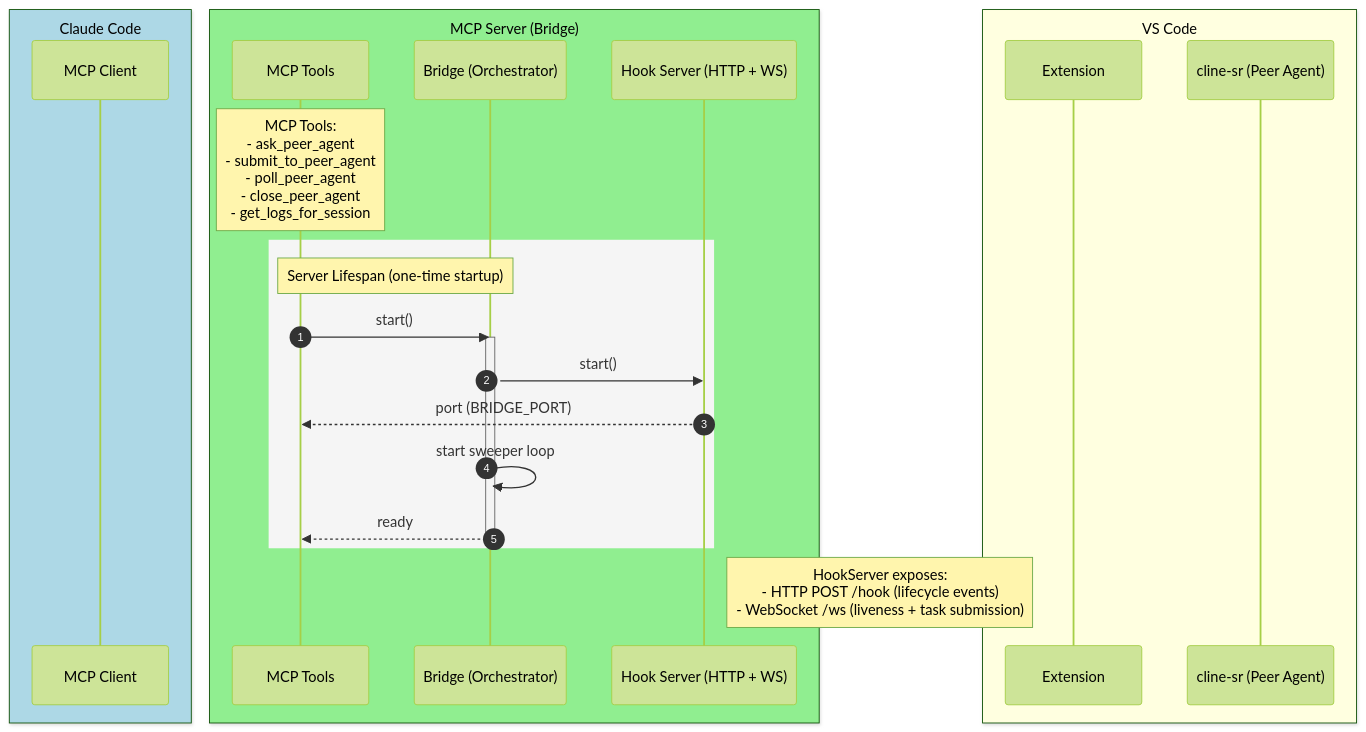
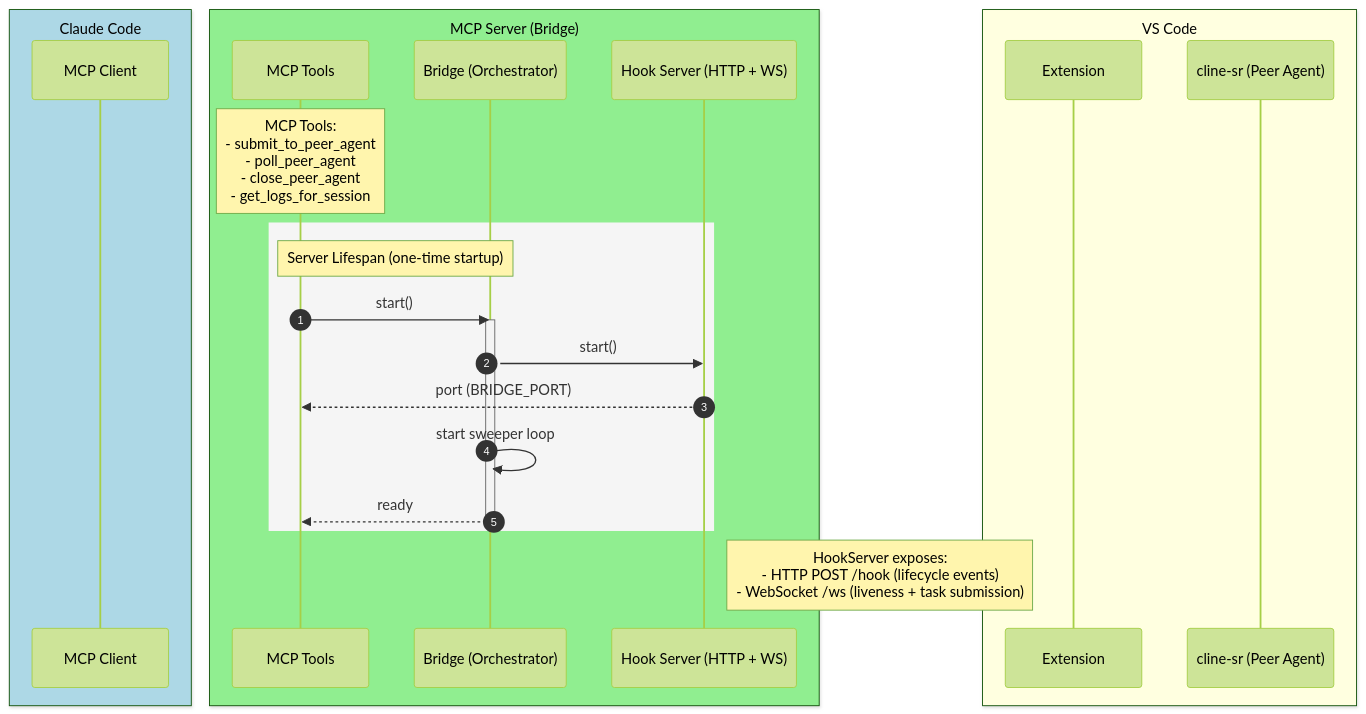
Before and after one commit to nj4x/peer-agent-kit: the first of 5 diagrams in docs/diagrams/vscode-agent-bridge-e2e.md, drawn with Mermaid (forest theme). The commit also changed other lines of this file and 15 other files, not shown here.

First line of the commit message:
implement: ADR 0085 — poll_peer_agent long-poll, activity field, remove ask_peer_agent

````diff
--- a/docs/diagrams/vscode-agent-bridge-e2e.md
+++ b/docs/diagrams/vscode-agent-bridge-e2e.md
@@ -16,30 +16,30 @@
 ```mermaid
 sequenceDiagram
     autonumber
     box LightBlue Claude Code
         participant Client as MCP Client
     end
     box LightGreen MCP Server (Bridge)
         participant MCP as MCP Tools
         participant Bridge as Bridge (Orchestrator)
         participant HookServer as Hook Server (HTTP + WS)
     end
-    Note over MCP: MCP Tools:<br/>- ask_peer_agent<br/>- submit_to_peer_agent<br/>- poll_peer_agent<br/>- close_peer_agent<br/>- get_logs_for_session
+    Note over MCP: MCP Tools:<br/>- submit_to_peer_agent<br/>- poll_peer_agent<br/>- close_peer_agent<br/>- get_logs_for_session
     box LightYellow VS Code
         participant Extension as Extension
         participant Cline as cline-sr (Peer Agent)
     end
 
     rect rgb(245,245,245)
     Note over MCP,Bridge: Server Lifespan (one-time startup)
     MCP->>Bridge: start()
     activate Bridge
     Bridge->>HookServer: start()
     HookServer-->>MCP: port (BRIDGE_PORT)
     Bridge->>Bridge: start sweeper loop
     Bridge-->>MCP: ready
     deactivate Bridge
     end
 
     Note right of HookServer: HookServer exposes:<br/>- HTTP POST /hook (lifecycle events)<br/>- WebSocket /ws (liveness + task submission)
 ```
````
